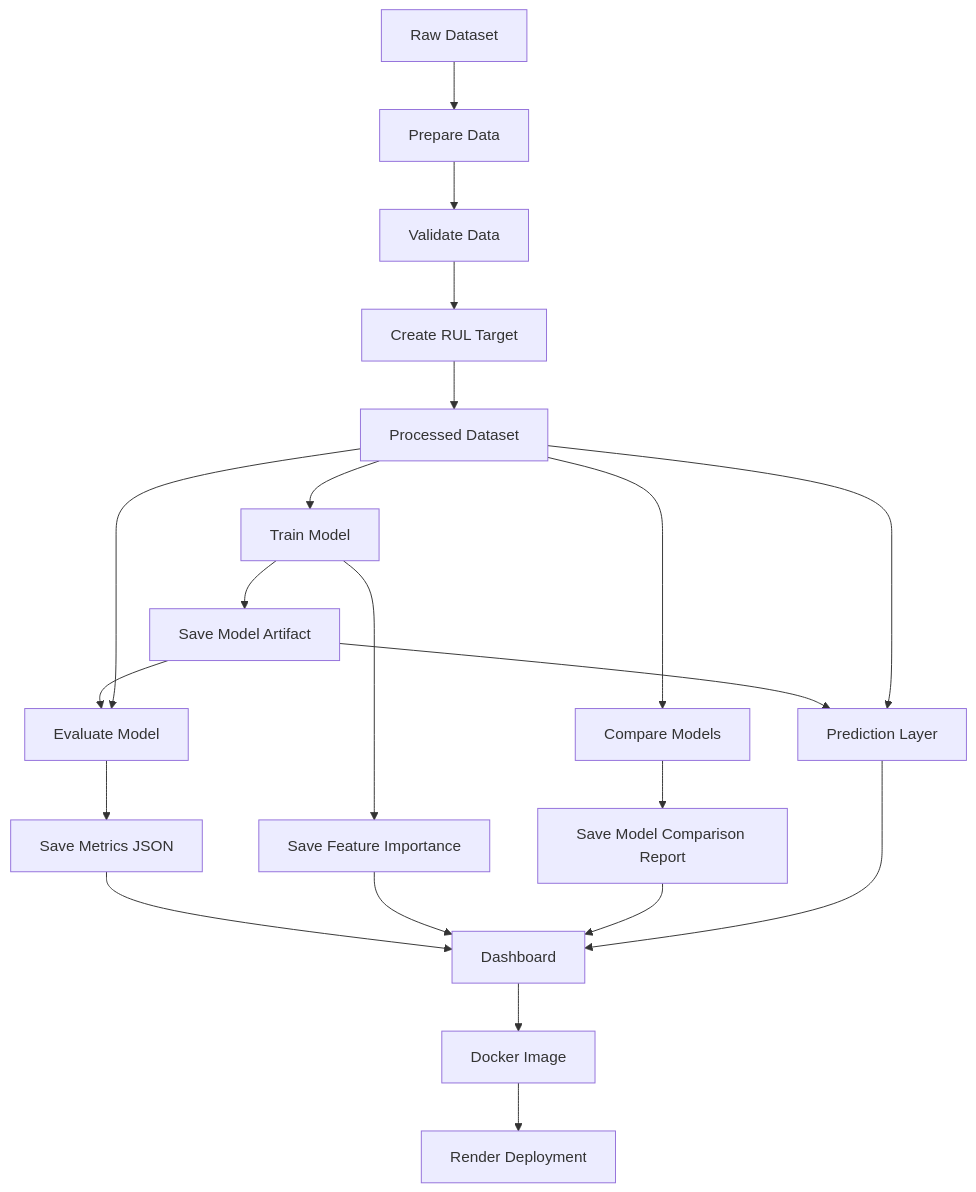
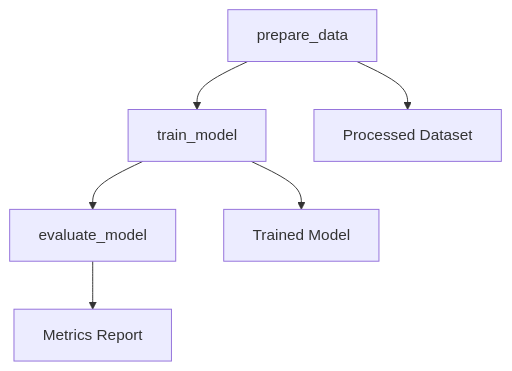
The second of 2 diagrams in README.md (kushal15-cell/industrial-predictive-maintenance-mlops), drawn with Mermaid before and after one commit. The commit also changed other lines of this file, not shown here.

Commit message:
Polish README with final project structure

````diff
--- a/README.md
+++ b/README.md
@@ -227,28 +218,9 @@
 ```mermaid
 flowchart TD
-    A[Raw Dataset] --> B[Prepare Data]
-    B --> C[Validate Data]
-    C --> D[Create RUL Target]
-    D --> E[Processed Dataset]
+    A[prepare_data] --> B[train_model]
+    B --> C[evaluate_model]
 
-    E --> F[Train Model]
-    F --> G[Save Model Artifact]
-    F --> H[Save Feature Importance]
-
-    E --> I[Compare Models]
-    I --> J[Save Model Comparison Report]
-
-    G --> K[Evaluate Model]
-    E --> K
-    K --> L[Save Metrics JSON]
-
-    G --> M[Prediction Layer]
-    E --> M
-    L --> N[Dashboard]
-    H --> N
-    J --> N
-    M --> N
-
-    N --> O[Docker Image]
-    O --> P[Render Deployment]
+    A --> D[Processed Dataset]
+    B --> E[Trained Model]
+    C --> F[Metrics Report]
 ```
````
